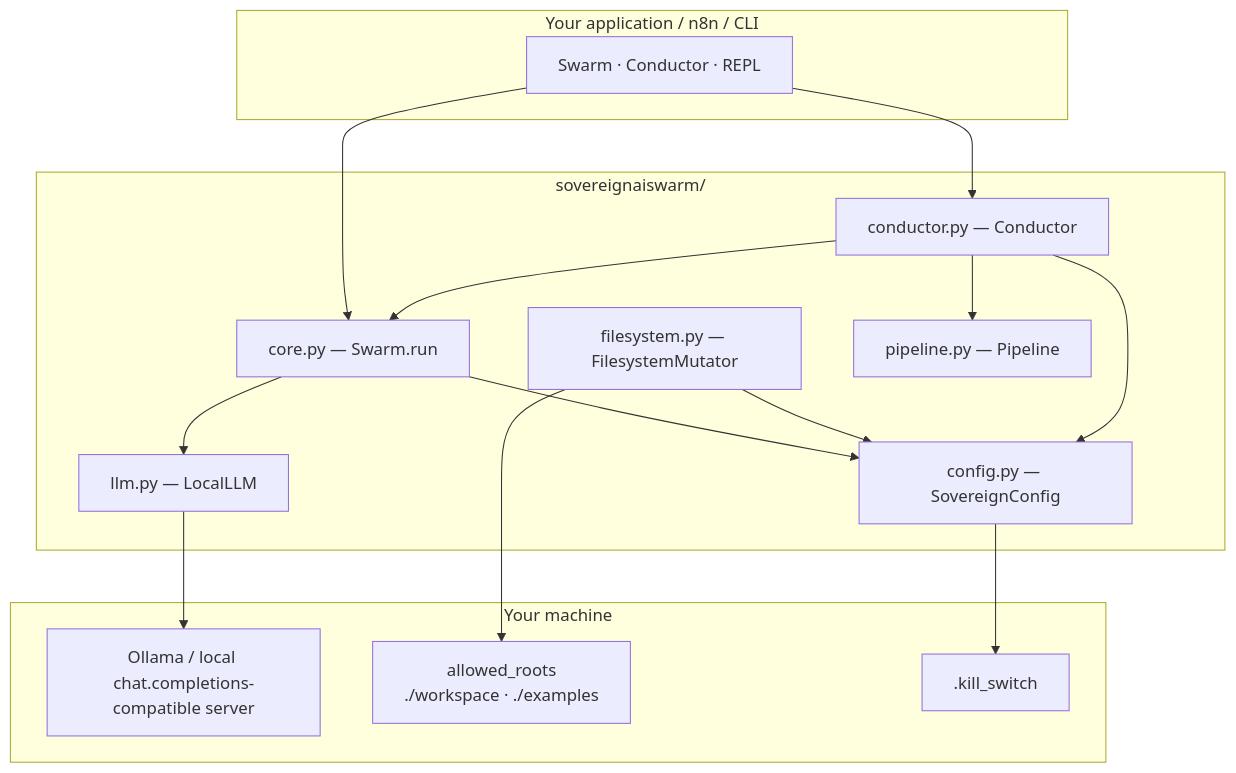
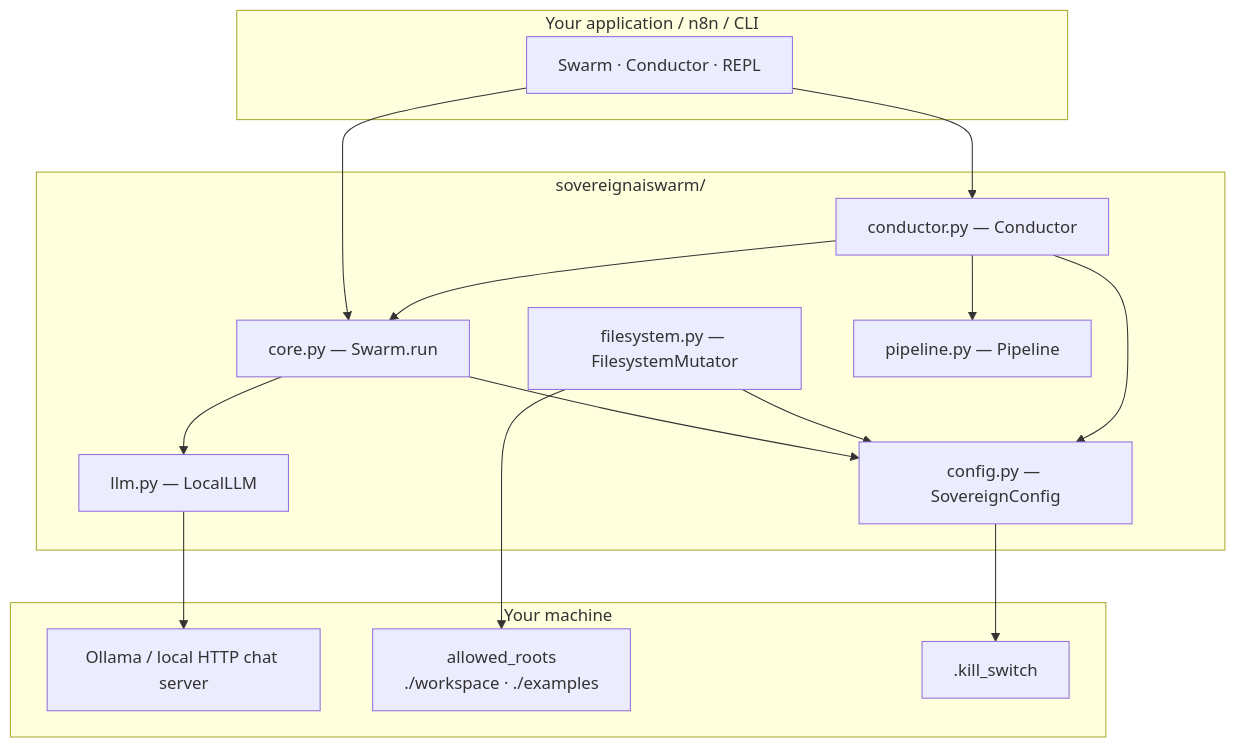
One commit to Flakiopai/SovereignAISwarm changed the first of 6 diagrams in README.md. Above: the diagram before and after it, drawn with Mermaid. The commit also changed other lines of this file and 13 other files, not shown here.

````diff
--- a/README.md
+++ b/README.md
@@ -63,33 +65,33 @@
 ```mermaid
 flowchart TB
   subgraph App["Your application / n8n / CLI"]
     API["Swarm · Conductor · REPL"]
   end
 
   subgraph Core["sovereignaiswarm/"]
     SW["core.py — Swarm.run"]
     CFG["config.py — SovereignConfig"]
     LLM["llm.py — LocalLLM"]
     FS["filesystem.py — FilesystemMutator"]
     PIPE["pipeline.py — Pipeline"]
     COND["conductor.py — Conductor"]
   end
 
   subgraph Local["Your machine"]
-    OLLAMA["Ollama / local chat.completions-compatible server"]
+    OLLAMA["Ollama / local HTTP chat server"]
     DISK["allowed_roots<br/>./workspace · ./examples"]
     KILL[".kill_switch"]
   end
 
   API --> SW
   API --> COND
   COND --> SW
   COND --> PIPE
   SW --> CFG
   SW --> LLM
   FS --> CFG
   COND --> CFG
   LLM --> OLLAMA
   FS --> DISK
   CFG --> KILL
 ```
````
